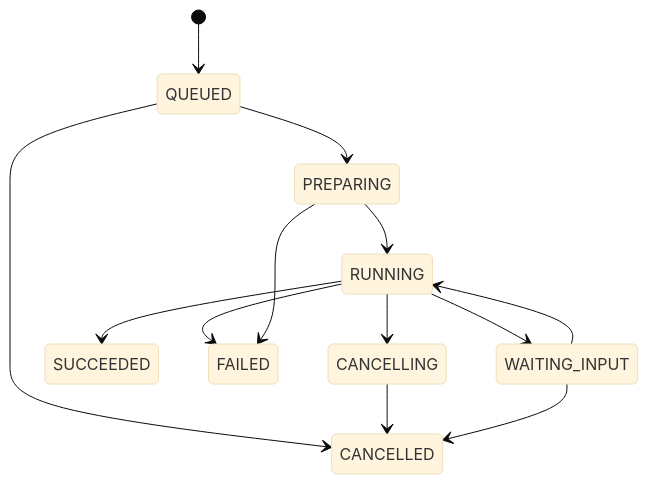
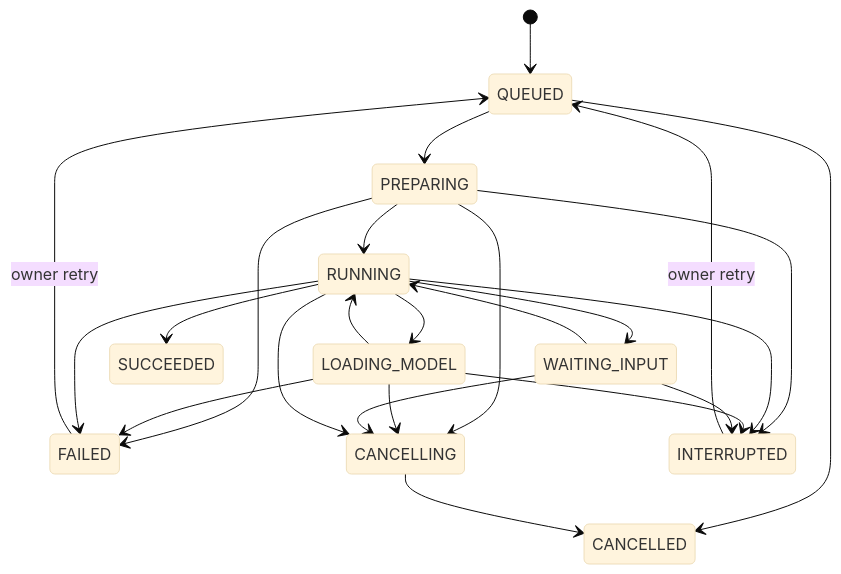
Before and after one commit to nikhil-ghind/crewquarters: the second of 8 diagrams in PLAN.md, drawn with Mermaid (base theme). The commit also changed other lines of this file and 1 other file, not shown here.

````diff
--- a/PLAN.md
+++ b/PLAN.md
@@ -304,15 +318,26 @@
 ```mermaid
 stateDiagram-v2
     [*] --> QUEUED
     QUEUED --> PREPARING
+    QUEUED --> CANCELLED
     PREPARING --> RUNNING
+    PREPARING --> FAILED
+    PREPARING --> CANCELLING
+    RUNNING --> LOADING_MODEL
+    LOADING_MODEL --> RUNNING
+    LOADING_MODEL --> FAILED
+    LOADING_MODEL --> CANCELLING
     RUNNING --> WAITING_INPUT
     WAITING_INPUT --> RUNNING
+    WAITING_INPUT --> CANCELLING
     RUNNING --> SUCCEEDED
     RUNNING --> FAILED
-    PREPARING --> FAILED
-    QUEUED --> CANCELLED
     RUNNING --> CANCELLING
     CANCELLING --> CANCELLED
-    WAITING_INPUT --> CANCELLED
+    PREPARING --> INTERRUPTED
+    RUNNING --> INTERRUPTED
+    LOADING_MODEL --> INTERRUPTED
+    WAITING_INPUT --> INTERRUPTED
+    INTERRUPTED --> QUEUED: owner retry
+    FAILED --> QUEUED: owner retry
 ```
````
